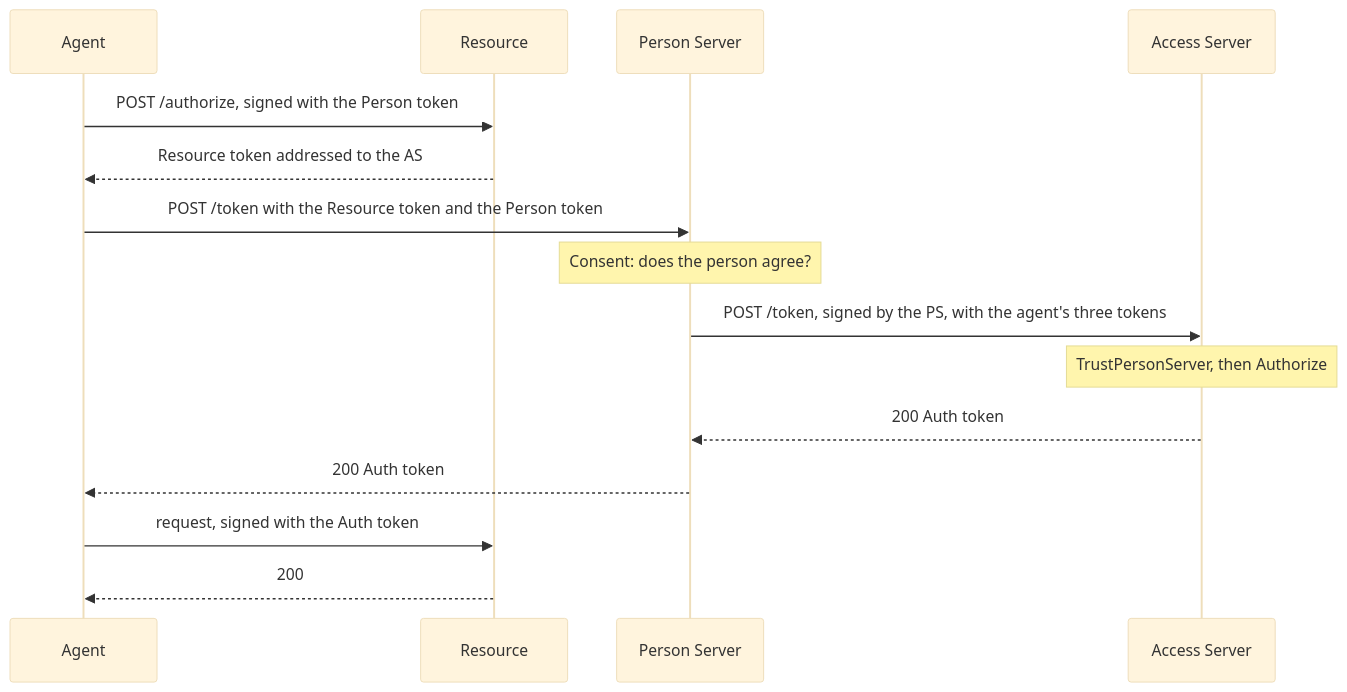
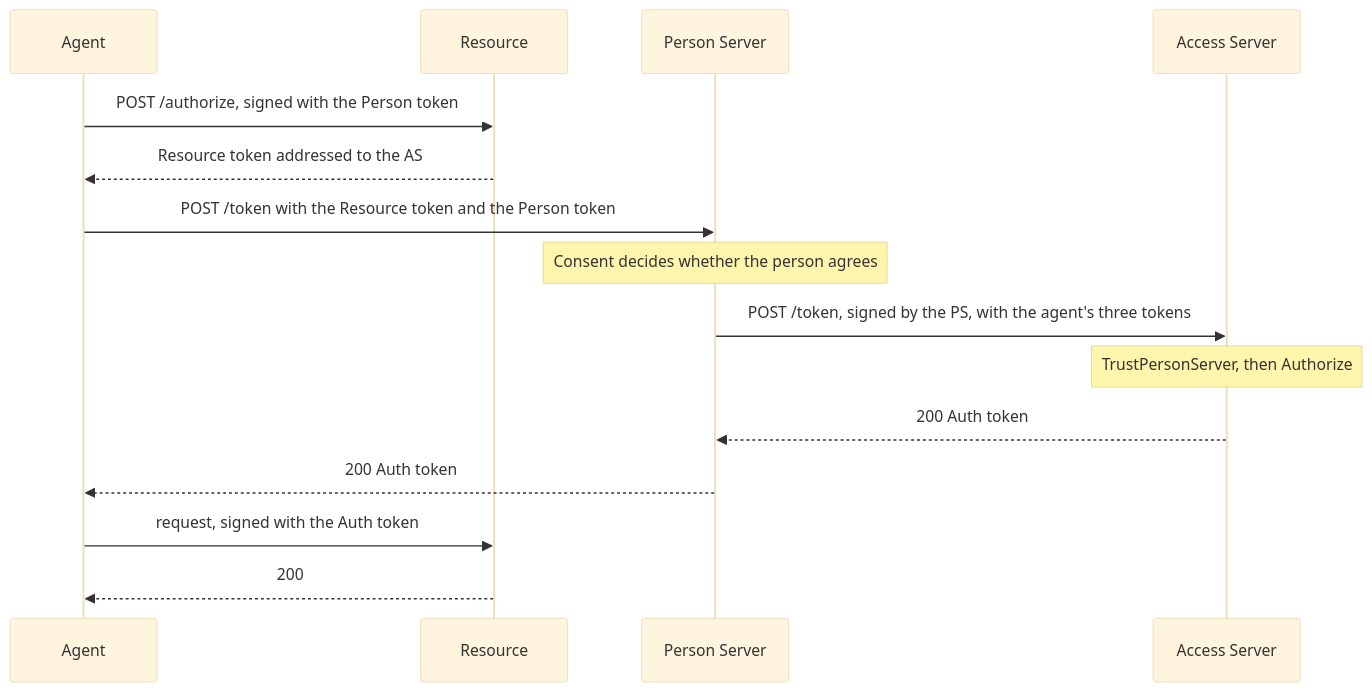
One commit to sidecat-dev/aauth-go changed the diagram in docs/roles/access-server.md. Above: the diagram before and after it, drawn with Mermaid (base theme). The commit also changed 14 other files, not shown here.

First line of the commit message:
docs: make every mermaid diagram render on GitLab

````diff
--- a/docs/roles/access-server.md
+++ b/docs/roles/access-server.md
@@ -17,17 +17,17 @@
 ```mermaid
 sequenceDiagram
     participant Agent
     participant Resource
     participant PS as Person Server
     participant AS as Access Server
-    Agent->>Resource: POST /authorize, signed with the Person token
-    Resource-->>Agent: Resource token addressed to the AS
-    Agent->>PS: POST /token with the Resource token and the Person token
-    Note over PS: Consent: does the person agree?
-    PS->>AS: POST /token, signed by the PS, with the agent's three tokens
-    Note over AS: TrustPersonServer, then Authorize
-    AS-->>PS: 200 Auth token
-    PS-->>Agent: 200 Auth token
-    Agent->>Resource: request, signed with the Auth token
-    Resource-->>Agent: 200
+    Agent->>Resource : POST /authorize, signed with the Person token
+    Resource-->>Agent : Resource token addressed to the AS
+    Agent->>PS : POST /token with the Resource token and the Person token
+    Note over PS : Consent decides whether the person agrees
+    PS->>AS : POST /token, signed by the PS, with the agent's three tokens
+    Note over AS : TrustPersonServer, then Authorize
+    AS-->>PS : 200 Auth token
+    PS-->>Agent : 200 Auth token
+    Agent->>Resource : request, signed with the Auth token
+    Resource-->>Agent : 200
 ```
````
